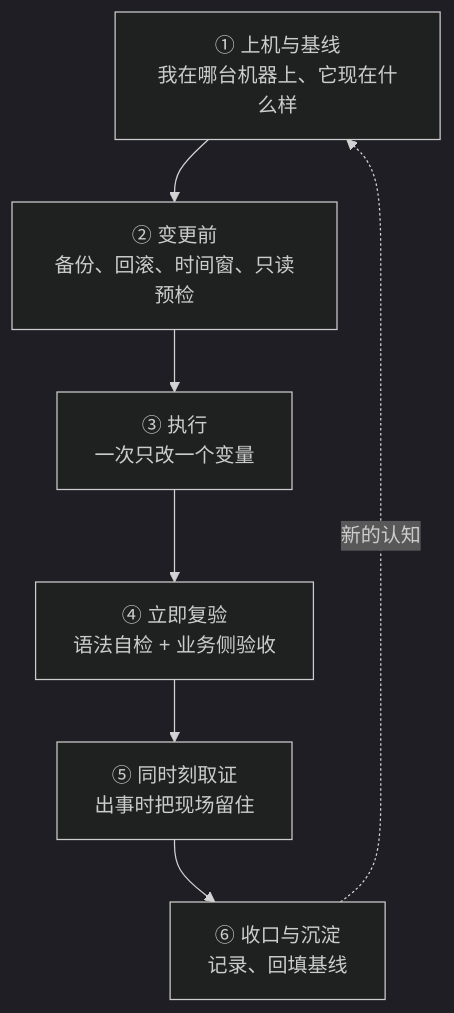
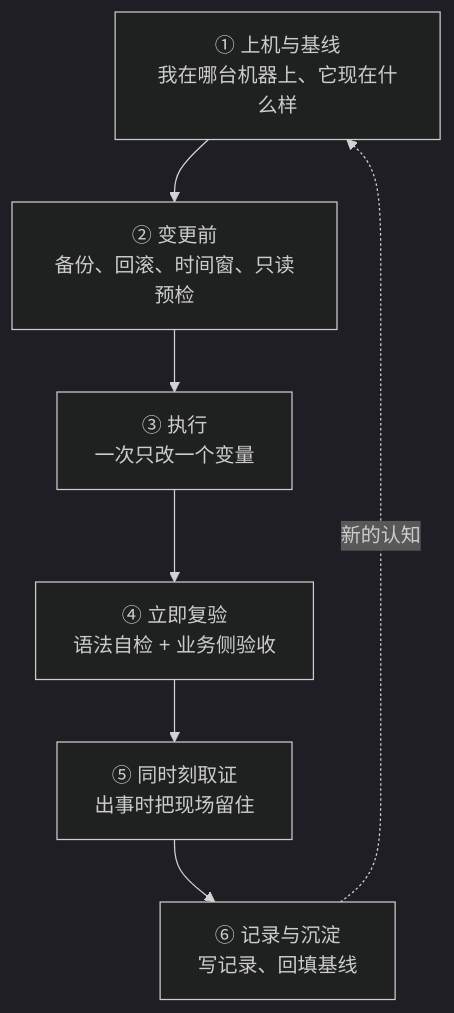
The diagram in Linux/01_实验环境与操作纪律/05_体系_一次手工变更的完整旅程.md (realtyz/ops-manual), drawn with Mermaid (dark theme) before and after one commit. The commit also changed other lines of this file and 118 other files, not shown here.

````diff
--- a/Linux/01_实验环境与操作纪律/05_体系_一次手工变更的完整旅程.md
+++ b/Linux/01_实验环境与操作纪律/05_体系_一次手工变更的完整旅程.md
@@ -16,9 +16,9 @@
 ```mermaid
 flowchart
   A["① 上机与基线<br/>我在哪台机器上、它现在什么样"] --> B["② 变更前<br/>备份、回滚、时间窗、只读预检"]
   B --> C["③ 执行<br/>一次只改一个变量"]
   C --> D["④ 立即复验<br/>语法自检 + 业务侧验收"]
   D --> E["⑤ 同时刻取证<br/>出事时把现场留住"]
-  E --> F["⑥ 收口与沉淀<br/>记录、回填基线"]
+  E --> F["⑥ 记录与沉淀<br/>写记录、回填基线"]
   F -.->|新的认知| A
 ```
````
